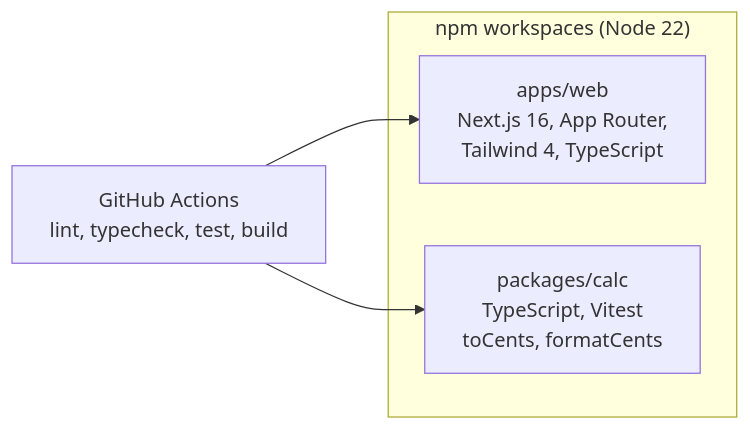
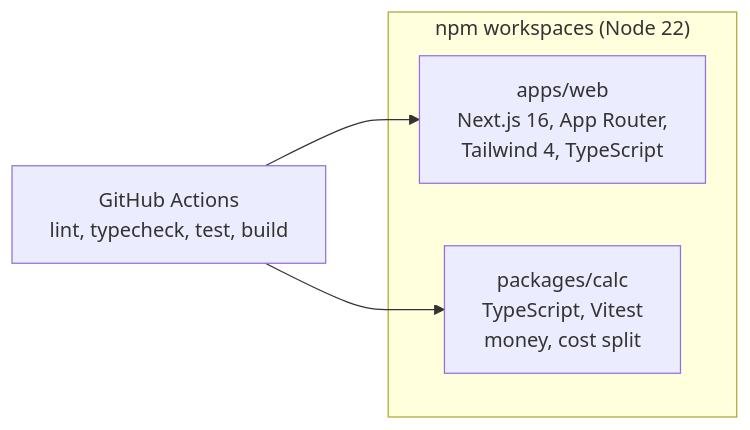
One commit to heynewton/newton changed the second of 5 diagrams in docs/architecture.md. Above: the diagram before and after it, drawn with Mermaid. The commit also changed other lines of this file and 3 other files, not shown here.

First line of the commit message:
Co-owner cost split in calc

````diff
--- a/docs/architecture.md
+++ b/docs/architecture.md
@@ -89,10 +89,10 @@
 ```mermaid
 flowchart LR
   subgraph Repo["npm workspaces (Node 22)"]
     Web["apps/web<br/>Next.js 16, App Router,<br/>Tailwind 4, TypeScript"]
-    Calc["packages/calc<br/>TypeScript, Vitest<br/>toCents, formatCents"]
+    Calc["packages/calc<br/>TypeScript, Vitest<br/>money, cost split"]
   end
   CI["GitHub Actions<br/>lint, typecheck, test, build"]
   CI --> Web
   CI --> Calc
 ```
````
